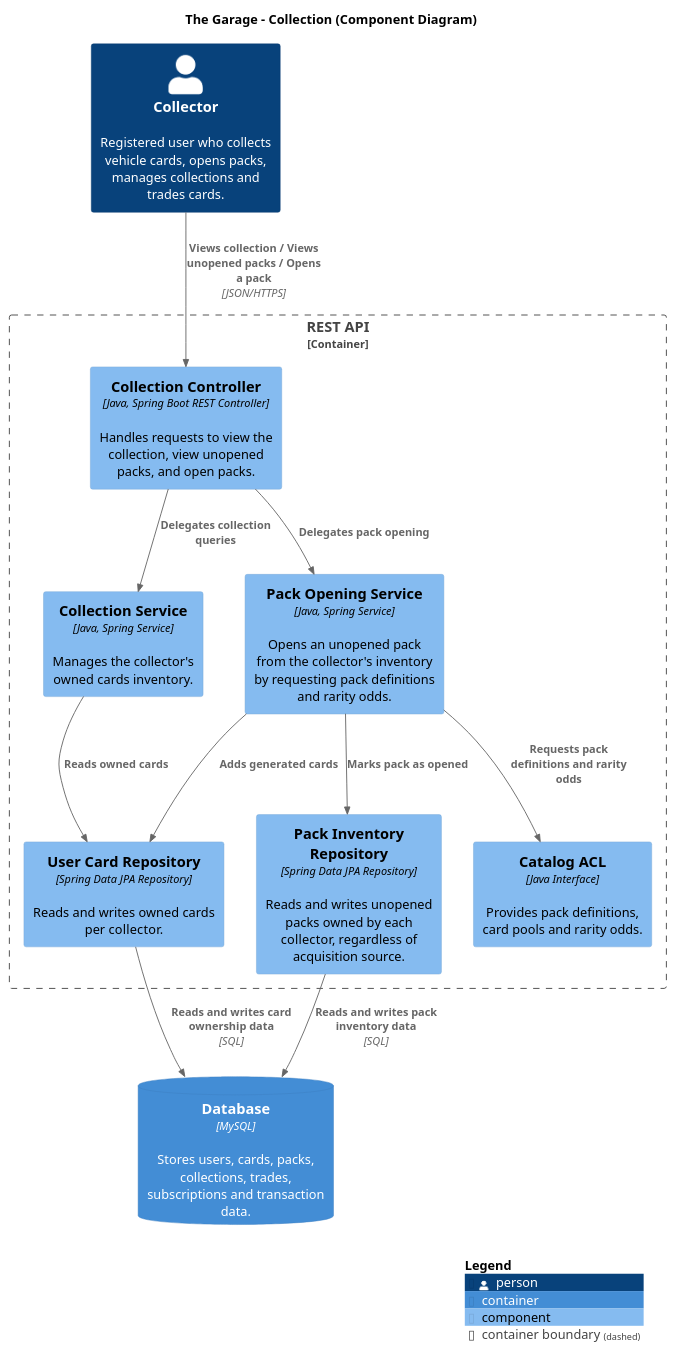
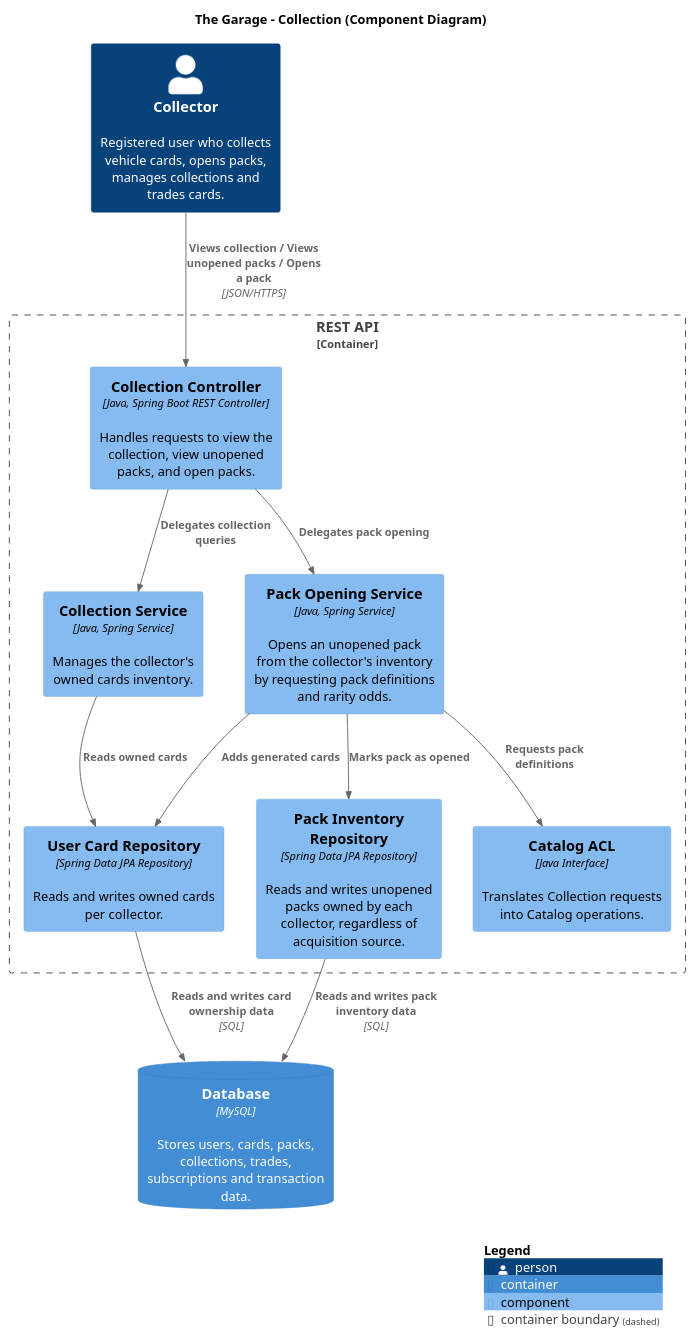
One commit to the-garage-studio/the-garage-c4-model-design changed the diagram in diagrams/ComponentDiagrams/Collection-ComponentDiagram.puml. Above: the diagram before and after it, drawn with PlantUML. The commit also changed 7 other files, not shown here.

Commit message:
feat: update the components diagrams

```diff
--- a/diagrams/ComponentDiagrams/Collection-ComponentDiagram.puml
+++ b/diagrams/ComponentDiagrams/Collection-ComponentDiagram.puml
@@ -1,43 +1,43 @@
 @startuml Collection_ComponentDiagram
 !include https://raw.githubusercontent.com/plantuml-stdlib/C4-PlantUML/master/C4_Component.puml
 
 LAYOUT_WITH_LEGEND()
 
 title The Garage - Collection (Component Diagram)
 
 Person(collector, "Collector", "Registered user who collects vehicle cards, opens packs, manages collections and trades cards.")
 
 Container_Boundary(api, "REST API") {
 
     Component(collection_controller, "Collection Controller", "Java, Spring Boot REST Controller", "Handles requests to view the collection, view unopened packs, and open packs.")
 
     Component(collection_service, "Collection Service", "Java, Spring Service", "Manages the collector's owned cards inventory.")
 
     Component(pack_opening_service, "Pack Opening Service", "Java, Spring Service", "Opens an unopened pack from the collector's inventory by requesting pack definitions and rarity odds.")
 
-    Component(catalog_acl, "Catalog ACL", "Java Interface", "Provides pack definitions, card pools and rarity odds.")
+    Component(catalog_acl, "Catalog ACL", "Java Interface", "Translates Collection requests into Catalog operations.")
 
     Component(user_card_repository, "User Card Repository", "Spring Data JPA Repository", "Reads and writes owned cards per collector.")
 
     Component(pack_inventory_repository, "Pack Inventory Repository", "Spring Data JPA Repository", "Reads and writes unopened packs owned by each collector, regardless of acquisition source.")
 }
 
 ContainerDb(database, "Database", "MySQL", "Stores users, cards, packs, collections, trades, subscriptions and transaction data.")
 
 Rel(collector, collection_controller, "Views collection / Views unopened packs / Opens a pack", "JSON/HTTPS")
 
 Rel(collection_controller, collection_service, "Delegates collection queries")
 Rel(collection_controller, pack_opening_service, "Delegates pack opening")
 
-Rel(pack_opening_service, catalog_acl, "Requests pack definitions and rarity odds")
+Rel(pack_opening_service, catalog_acl, "Requests pack definitions")
 Rel(pack_opening_service, pack_inventory_repository, "Marks pack as opened")
 Rel(pack_opening_service, user_card_repository, "Adds generated cards")
 
 Rel(collection_service, user_card_repository, "Reads owned cards")
 
 Rel(user_card_repository, database, "Reads and writes card ownership data", "SQL")
 Rel(pack_inventory_repository, database, "Reads and writes pack inventory data", "SQL")
 
 SHOW_LEGEND()
 
 @enduml
```
